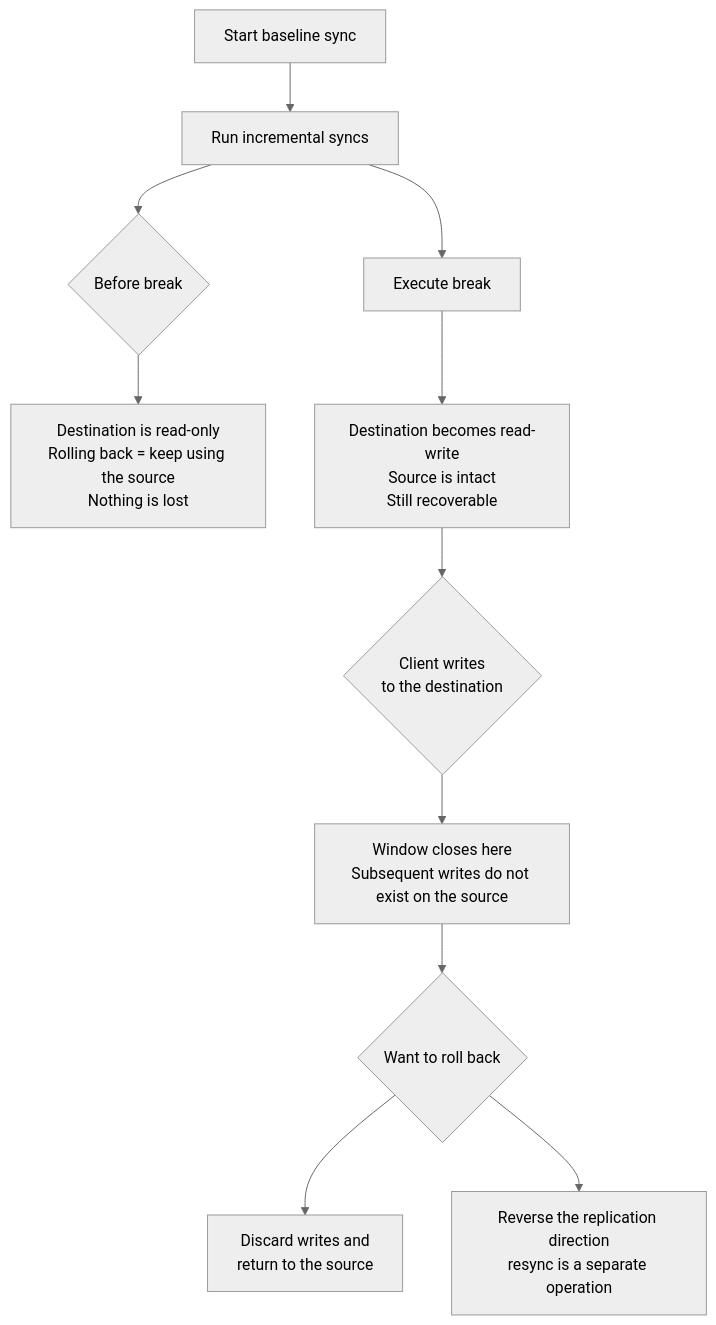
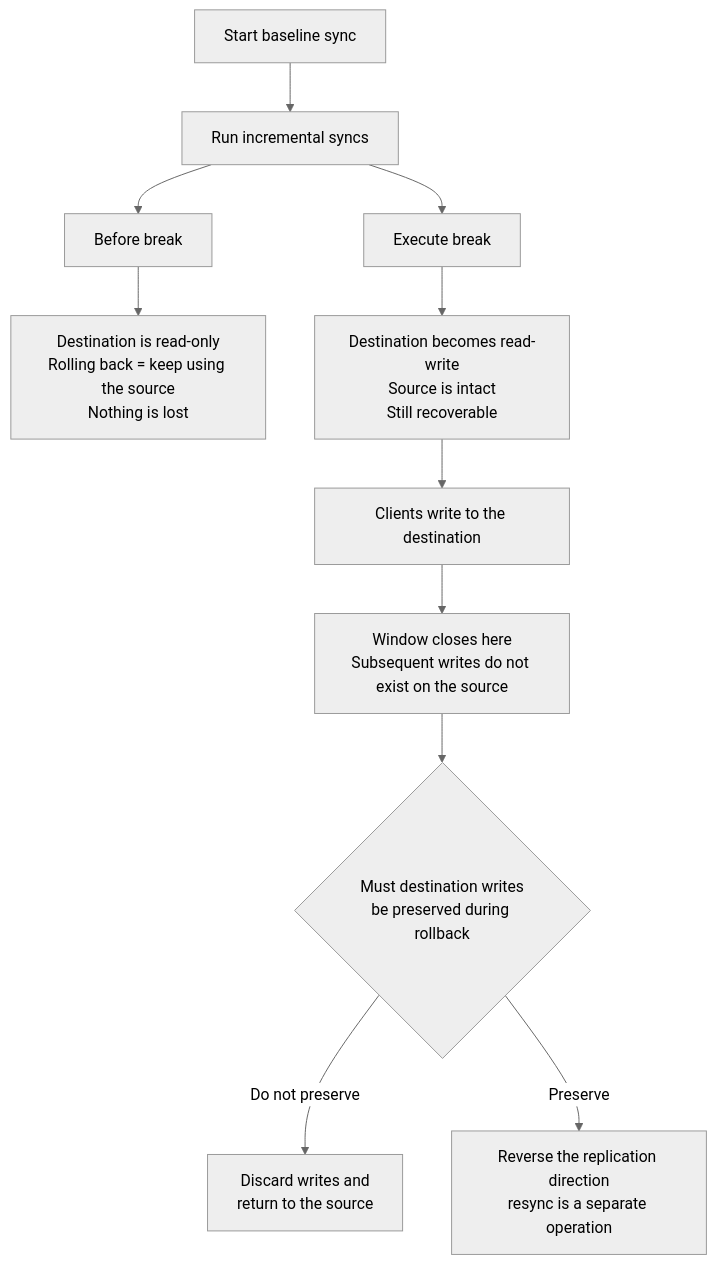
Before and after one commit to Yoshiki0705/FSx-for-ONTAP-Adoption-Playbook: the diagram in docs/en/playbooks/03-migrate/notes/where-the-rollback-window-closes.md, drawn with Mermaid (neutral theme). The commit also changed other lines of this file and 257 other files, not shown here.

````diff
--- a/docs/en/playbooks/03-migrate/notes/where-the-rollback-window-closes.md
+++ b/docs/en/playbooks/03-migrate/notes/where-the-rollback-window-closes.md
@@ -85,16 +103,16 @@
 ```mermaid
 graph TD
     A[Start baseline sync] --> B[Run incremental syncs]
-    B --> C{Before break}
+    B --> C[Before break]
     C --> C1["Destination is read-only<br/>Rolling back = keep using the source<br/>Nothing is lost"]
 
     B --> D[Execute break]
     D --> D1["Destination becomes read-write<br/>Source is intact<br/>Still recoverable"]
 
-    D1 --> E{Client writes<br/>to the destination}
+    D1 --> E[Clients write to the destination]
     E --> E1["Window closes here<br/>Subsequent writes do not exist on the source"]
 
-    E1 --> F{Want to roll back}
-    F --> F1[Discard writes and<br/>return to the source]
-    F --> F2["Reverse the replication direction<br/>resync is a separate operation"]
+    E1 --> F{Must destination writes<br/>be preserved during rollback}
+    F -->|Do not preserve| F1[Discard writes and<br/>return to the source]
+    F -->|Preserve| F2["Reverse the replication direction<br/>resync is a separate operation"]
 ```
````
